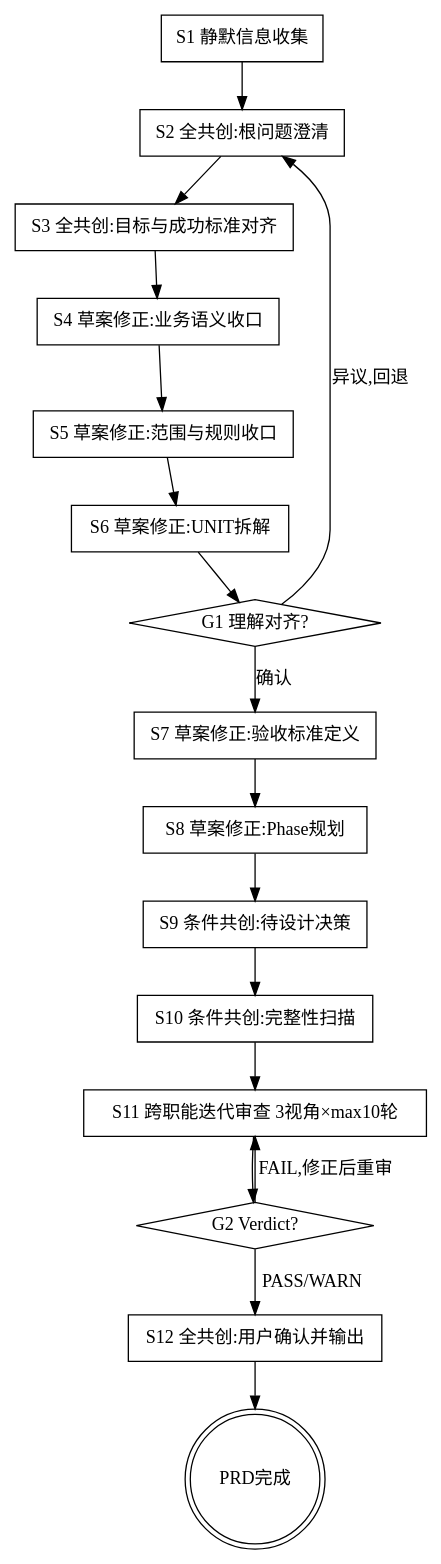
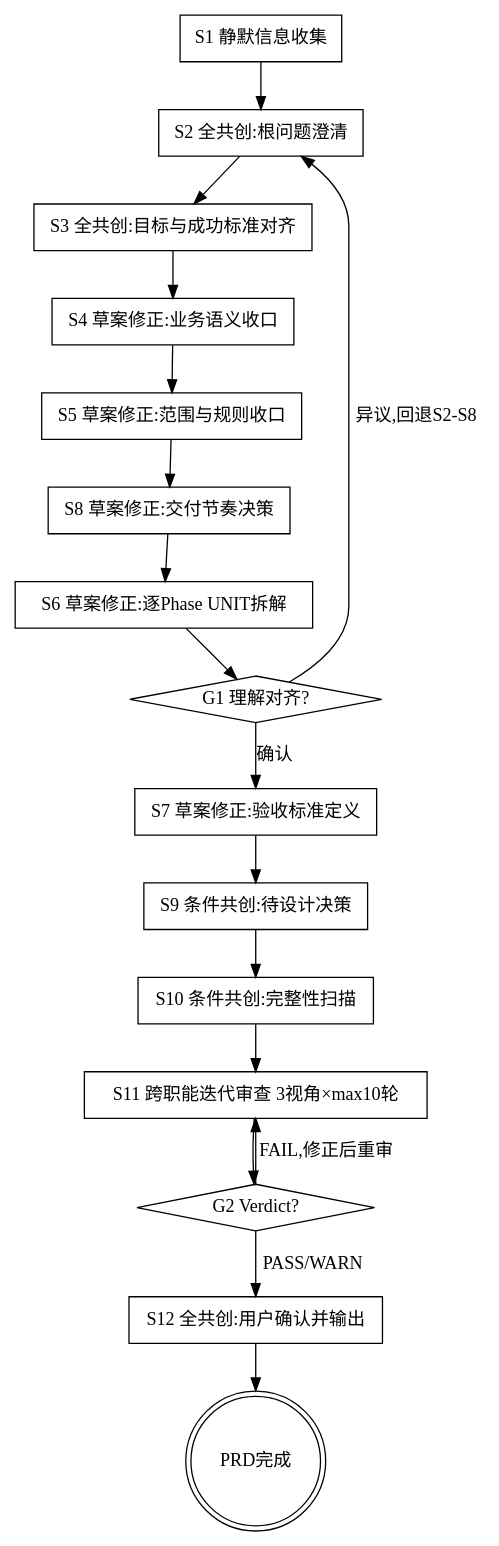
The diagram in shared/skills/product/SKILL.md (jieli-cqwl/org-claude-skills), drawn with Graphviz before and after one commit. The commit also changed other lines of this file and 51 other files, not shown here.

````diff
--- a/shared/skills/product/SKILL.md
+++ b/shared/skills/product/SKILL.md
@@ -99,37 +99,37 @@
 ```dot
 digraph product_flow {
     rankdir=TB;
     "S1 静默信息收集" [shape=box];
     "S2 全共创:根问题澄清" [shape=box];
     "S3 全共创:目标与成功标准对齐" [shape=box];
     "S4 草案修正:业务语义收口" [shape=box];
     "S5 草案修正:范围与规则收口" [shape=box];
-    "S6 草案修正:UNIT拆解" [shape=box];
+    "S8 草案修正:交付节奏决策" [shape=box];
+    "S6 草案修正:逐Phase UNIT拆解" [shape=box];
     "G1 理解对齐?" [shape=diamond];
     "S7 草案修正:验收标准定义" [shape=box];
-    "S8 草案修正:Phase规划" [shape=box];
     "S9 条件共创:待设计决策" [shape=box];
     "S10 条件共创:完整性扫描" [shape=box];
     "S11 跨职能迭代审查 3视角×max10轮" [shape=box];
     "G2 Verdict?" [shape=diamond];
     "S12 全共创:用户确认并输出" [shape=box];
     "PRD完成" [shape=doublecircle];
 
     "S1 静默信息收集" -> "S2 全共创:根问题澄清";
     "S2 全共创:根问题澄清" -> "S3 全共创:目标与成功标准对齐";
     "S3 全共创:目标与成功标准对齐" -> "S4 草案修正:业务语义收口";
     "S4 草案修正:业务语义收口" -> "S5 草案修正:范围与规则收口";
-    "S5 草案修正:范围与规则收口" -> "S6 草案修正:UNIT拆解";
-    "S6 草案修正:UNIT拆解" -> "G1 理解对齐?";
-    "G1 理解对齐?" -> "S2 全共创:根问题澄清" [label="异议,回退"];
+    "S5 草案修正:范围与规则收口" -> "S8 草案修正:交付节奏决策";
+    "S8 草案修正:交付节奏决策" -> "S6 草案修正:逐Phase UNIT拆解";
+    "S6 草案修正:逐Phase UNIT拆解" -> "G1 理解对齐?";
+    "G1 理解对齐?" -> "S2 全共创:根问题澄清" [label="异议,回退S2-S8"];
     "G1 理解对齐?" -> "S7 草案修正:验收标准定义" [label="确认"];
-    "S7 草案修正:验收标准定义" -> "S8 草案修正:Phase规划";
-    "S8 草案修正:Phase规划" -> "S9 条件共创:待设计决策";
+    "S7 草案修正:验收标准定义" -> "S9 条件共创:待设计决策";
     "S9 条件共创:待设计决策" -> "S10 条件共创:完整性扫描";
     "S10 条件共创:完整性扫描" -> "S11 跨职能迭代审查 3视角×max10轮";
     "S11 跨职能迭代审查 3视角×max10轮" -> "G2 Verdict?";
     "G2 Verdict?" -> "S11 跨职能迭代审查 3视角×max10轮" [label="FAIL,修正后重审"];
     "G2 Verdict?" -> "S12 全共创:用户确认并输出" [label="PASS/WARN"];
     "S12 全共创:用户确认并输出" -> "PRD完成";
 }
 ```
````
